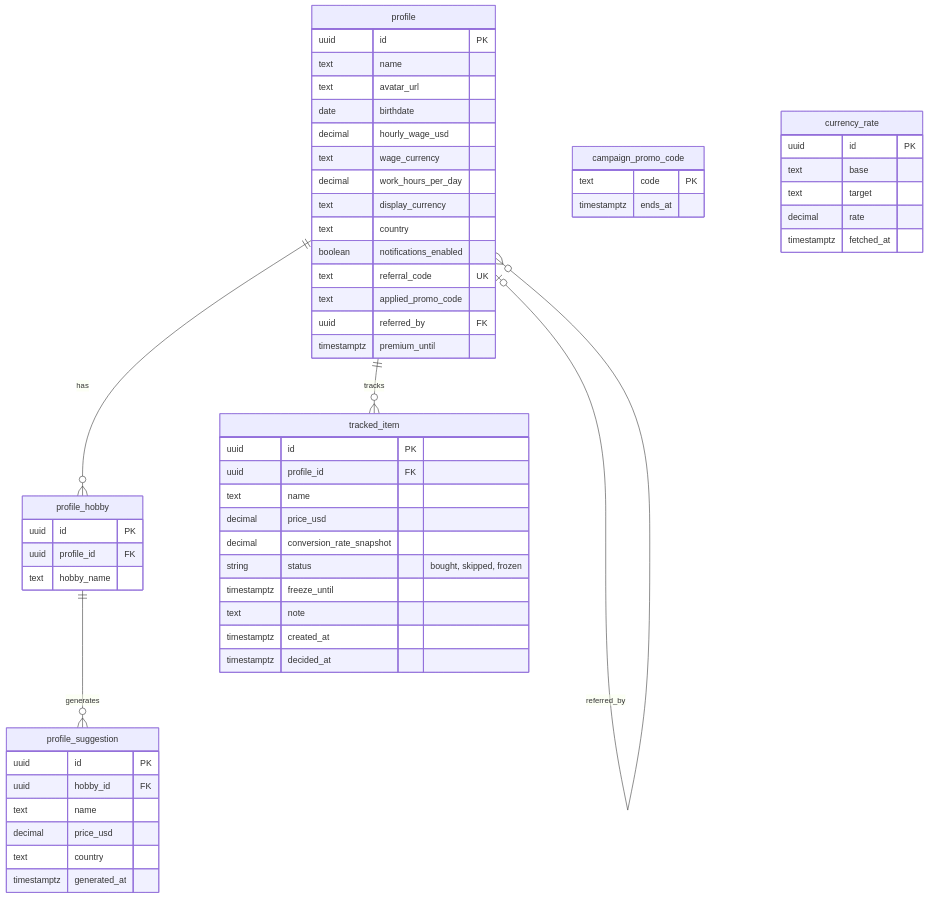
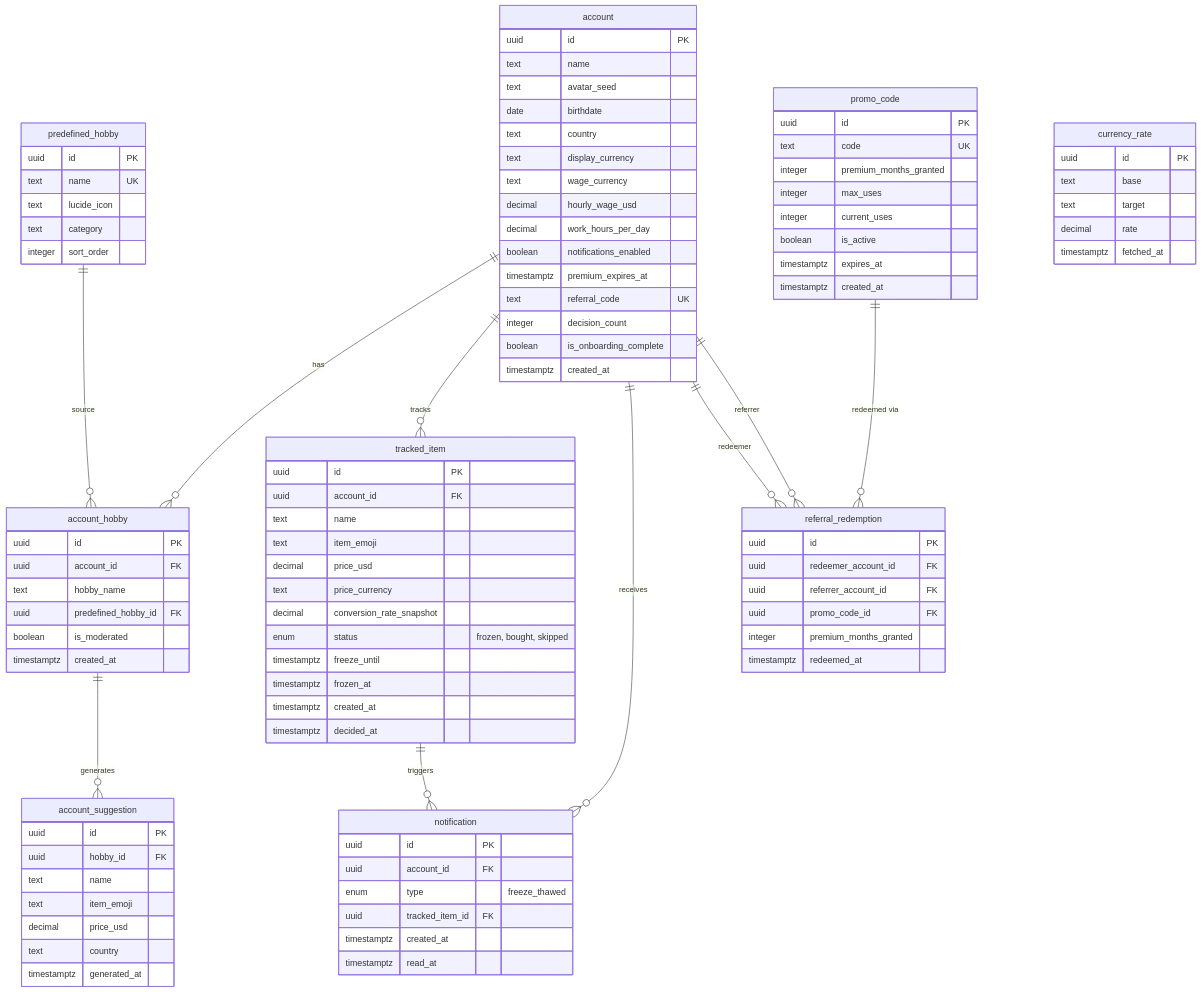
One commit to vojtechsanda/bad-buy changed the diagram in docs/decisions/ADR-004.md. Above: the diagram before and after it, drawn with Mermaid. The commit also changed other lines of this file, not shown here.

Commit message:
docs: update ADR004 based on the technical docs

````diff
--- a/docs/decisions/ADR-004.md
+++ b/docs/decisions/ADR-004.md
@@ -14,42 +14,55 @@
 ```mermaid
 erDiagram
-    profile ||--o{ profile_hobby : "has"
-    profile ||--o{ tracked_item : "tracks"
-    profile |o--o{ profile : "referred_by"
-    profile_hobby ||--o{ profile_suggestion : "generates"
+    account ||--o{ account_hobby : "has"
+    account ||--o{ tracked_item : "tracks"
+    account ||--o{ notification : "receives"
+    account ||--o{ referral_redemption : "redeemer"
+    account ||--o{ referral_redemption : "referrer"
+    account_hobby ||--o{ account_suggestion : "generates"
+    predefined_hobby ||--o{ account_hobby : "source"
+    promo_code ||--o{ referral_redemption : "redeemed via"
+    tracked_item ||--o{ notification : "triggers"
 
-    profile {
+    account {
         uuid id PK
         text name
-        text avatar_url
+        text avatar_seed
         date birthdate
+        text country
+        text display_currency
+        text wage_currency
         decimal hourly_wage_usd
-        text wage_currency
         decimal work_hours_per_day
-        text display_currency
-        text country
         boolean notifications_enabled
+        timestamptz premium_expires_at
         text referral_code UK
-        text applied_promo_code
-        uuid referred_by FK
-        timestamptz premium_until
+        integer decision_count
+        boolean is_onboarding_complete
+        timestamptz created_at
     }
 
-    campaign_promo_code {
-        text code PK
-        timestamptz ends_at
+    predefined_hobby {
+        uuid id PK
+        text name UK
+        text lucide_icon
+        text category
+        integer sort_order
     }
 
-    profile_hobby {
+    account_hobby {
         uuid id PK
-        uuid profile_id FK
+        uuid account_id FK
         text hobby_name
+        uuid predefined_hobby_id FK
+        boolean is_moderated
+        timestamptz created_at
     }
 
-    profile_suggestion {
+    account_suggestion {
         uuid id PK
         uuid hobby_id FK
         text name
+        text item_emoji
         decimal price_usd
         text country
         timestamptz generated_at
@@ -57,13 +70,15 @@
 
     tracked_item {
         uuid id PK
-        uuid profile_id FK
+        uuid account_id FK
         text name
+        text item_emoji
         decimal price_usd
+        text price_currency
         decimal conversion_rate_snapshot
-        string status "bought, skipped, frozen"
+        enum status "frozen, bought, skipped"
         timestamptz freeze_until
-        text note
+        timestamptz frozen_at
         timestamptz created_at
         timestamptz decided_at
     }
@@ -75,4 +90,33 @@
         decimal rate
         timestamptz fetched_at
     }
+
+    promo_code {
+        uuid id PK
+        text code UK
+        integer premium_months_granted
+        integer max_uses
+        integer current_uses
+        boolean is_active
+        timestamptz expires_at
+        timestamptz created_at
+    }
+
+    referral_redemption {
+        uuid id PK
+        uuid redeemer_account_id FK
+        uuid referrer_account_id FK
+        uuid promo_code_id FK
+        integer premium_months_granted
+        timestamptz redeemed_at
+    }
+
+    notification {
+        uuid id PK
+        uuid account_id FK
+        enum type "freeze_thawed"
+        uuid tracked_item_id FK
+        timestamptz created_at
+        timestamptz read_at
+    }
 ```
````
